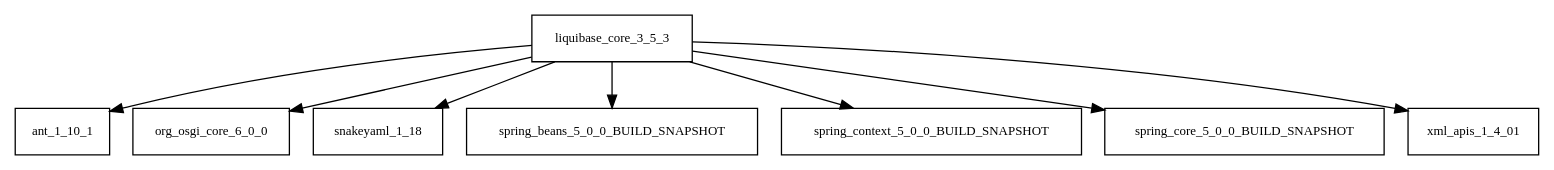
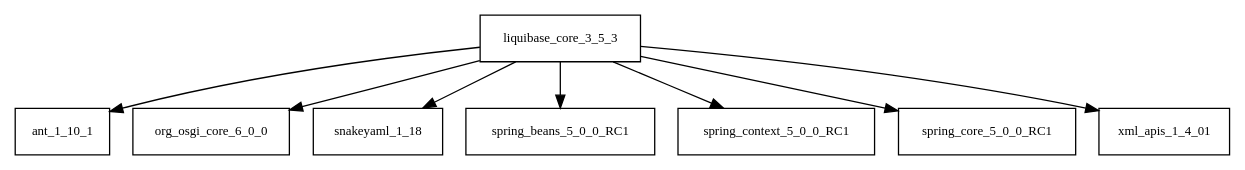
Before and after one commit to AglaianWoman/cia: the diagram in tattleTaleReport/graphviz/liquibase-core-3.5.3.jar/liquibase-core-3.5.3.jar.dot, drawn with Graphviz. The commit also changed 1892 other files, not shown here.

```diff
--- a/tattleTaleReport/graphviz/liquibase-core-3.5.3.jar/liquibase-core-3.5.3.jar.dot
+++ b/tattleTaleReport/graphviz/liquibase-core-3.5.3.jar/liquibase-core-3.5.3.jar.dot
@@ -1,10 +1,10 @@
 digraph liquibase_core_3_5_3_dependencies {
   node [shape = box, fontsize=10.0];
   liquibase_core_3_5_3 -> ant_1_10_1;
   liquibase_core_3_5_3 -> org_osgi_core_6_0_0;
   liquibase_core_3_5_3 -> snakeyaml_1_18;
-  liquibase_core_3_5_3 -> spring_beans_5_0_0_BUILD_SNAPSHOT;
-  liquibase_core_3_5_3 -> spring_context_5_0_0_BUILD_SNAPSHOT;
-  liquibase_core_3_5_3 -> spring_core_5_0_0_BUILD_SNAPSHOT;
+  liquibase_core_3_5_3 -> spring_beans_5_0_0_RC1;
+  liquibase_core_3_5_3 -> spring_context_5_0_0_RC1;
+  liquibase_core_3_5_3 -> spring_core_5_0_0_RC1;
   liquibase_core_3_5_3 -> xml_apis_1_4_01;
 }
```
